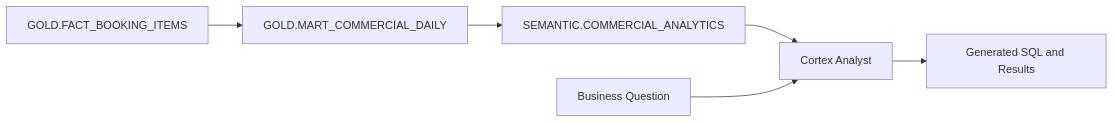
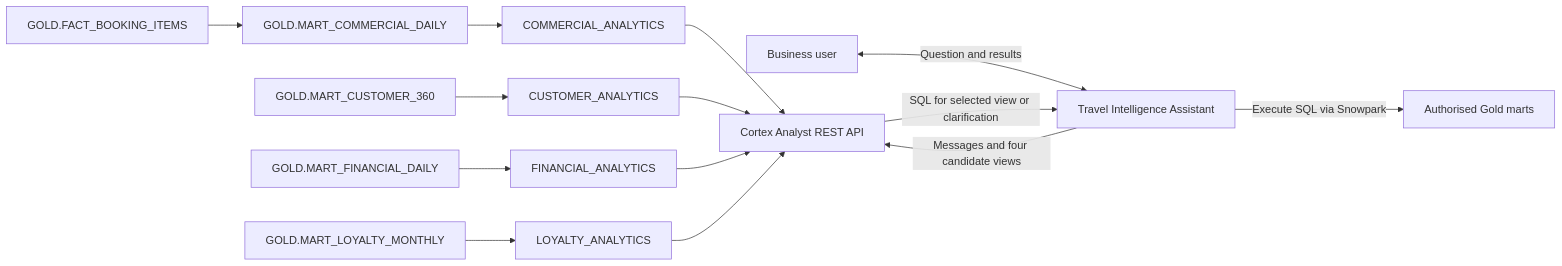
One commit to youkeefan/travel-data-platform changed the sixth of 6 diagrams in README.md. Above: the diagram before and after it, drawn with Mermaid. The commit also changed other lines of this file and 3 other files, not shown here.

Commit message:
feat: add Streamlit AI analytics assistant with RBAC

````diff
--- a/README.md
+++ b/README.md
@@ -913,8 +955,13 @@
 ```mermaid
 flowchart LR
     A[GOLD.FACT_BOOKING_ITEMS] --> B[GOLD.MART_COMMERCIAL_DAILY]
-    B --> C[SEMANTIC.COMMERCIAL_ANALYTICS]
-    C --> D[Cortex Analyst]
-    E[Business Question] --> D
-    D --> F[Generated SQL and Results]
+    B --> C[COMMERCIAL_ANALYTICS]
+    M1[GOLD.MART_CUSTOMER_360] --> C1[CUSTOMER_ANALYTICS]
+    M2[GOLD.MART_FINANCIAL_DAILY] --> C2[FINANCIAL_ANALYTICS]
+    M3[GOLD.MART_LOYALTY_MONTHLY] --> C3[LOYALTY_ANALYTICS]
+    C & C1 & C2 & C3 --> D[Cortex Analyst REST API]
+    E[Business user] <-->|Question and results| S[Travel Intelligence Assistant]
+    S -->|Messages and four candidate views| D
+    D -->|SQL for selected view or clarification| S
+    S -->|Execute SQL via Snowpark| G[Authorised Gold marts]
 ```
````
